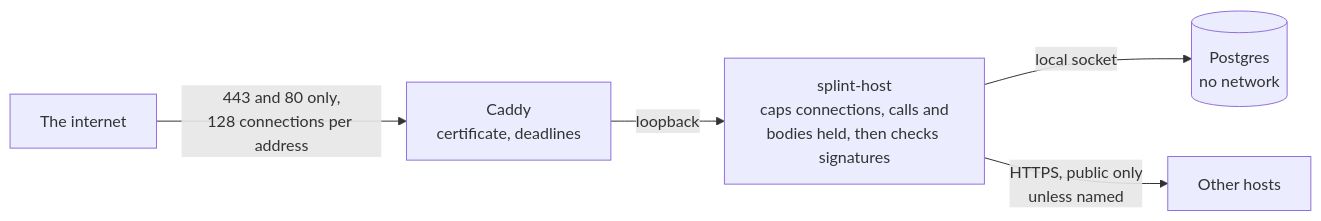
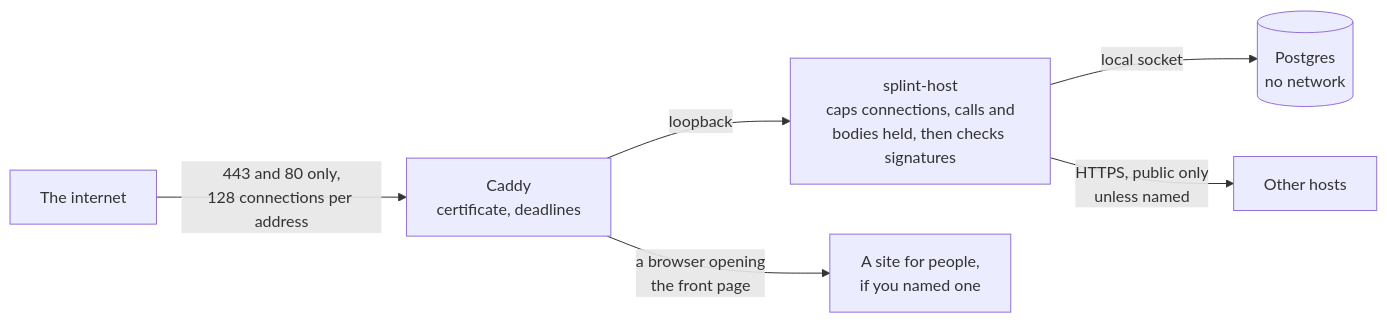
The diagram in docs/run-a-host.md (nennovate/splint), drawn with Mermaid before and after one commit. The commit also changed other lines of this file and 5 other files, not shown here.

First line of the commit message:
A host can send a person who opens it in a browser to a site for people (#40)

````diff
--- a/docs/run-a-host.md
+++ b/docs/run-a-host.md
@@ -30,7 +32,8 @@
 ```mermaid
 flowchart LR
   world["The internet"] -->|"443 and 80 only,<br/>128 connections per address"| caddy["Caddy<br/>certificate, deadlines"]
   caddy -->|loopback| host["splint-host<br/>caps connections, calls and<br/>bodies held, then checks signatures"]
   host -->|local socket| db[("Postgres<br/>no network")]
   host -->|"HTTPS, public only<br/>unless named"| peers["Other hosts"]
+  caddy -->|"a browser opening<br/>the front page"| site["A site for people,<br/>if you named one"]
 ```
````
